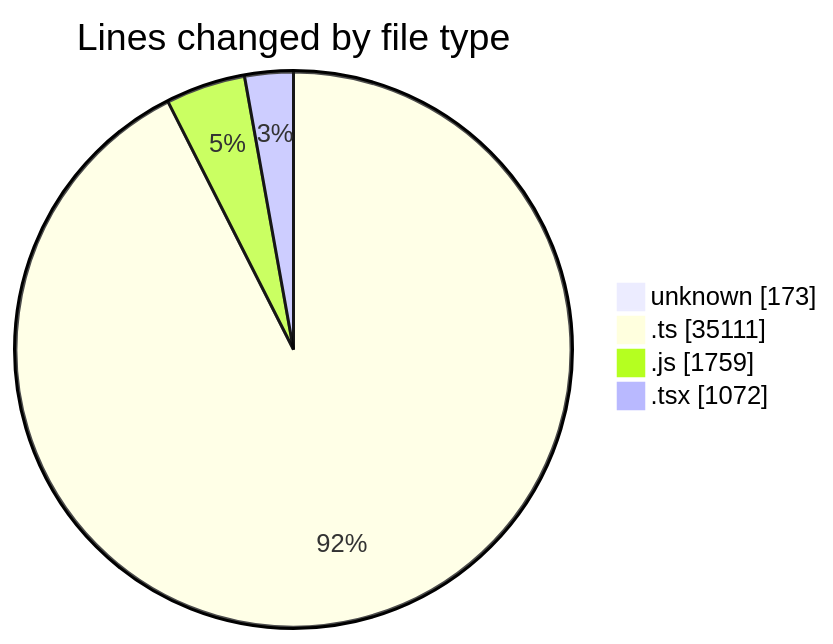
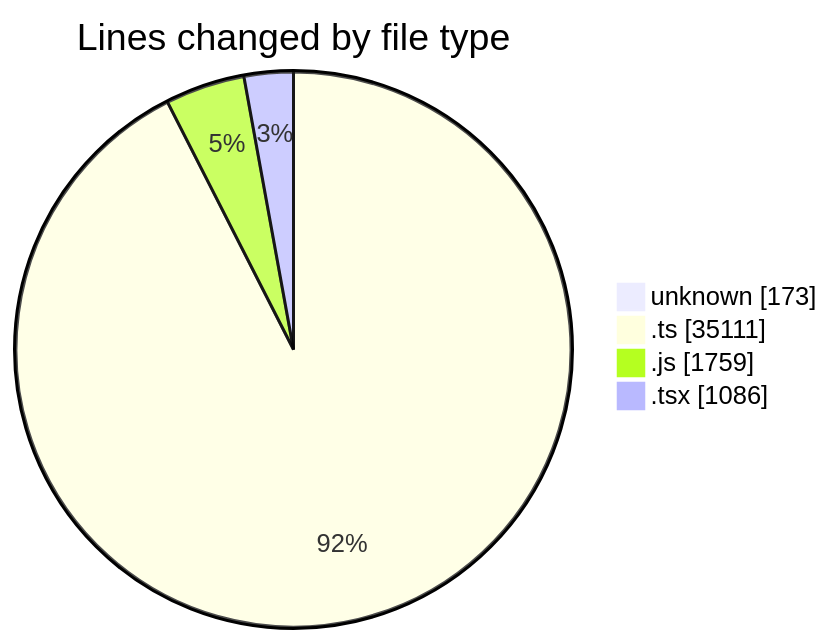
The first of 2 diagrams in 2026-08-24/cda/README.md (momahboobian/code-tracking), drawn with Mermaid before and after one commit. The commit also changed other lines of this file and 1 other file, not shown here.

````diff
--- a/2026-08-24/cda/README.md
+++ b/2026-08-24/cda/README.md
@@ -41,8 +41,8 @@
 ```mermaid
 pie showData
 title Lines changed by file type
 "unknown" : 173
 ".ts" : 35111
 ".js" : 1759
-".tsx" : 1072
+".tsx" : 1086
 ```
````
